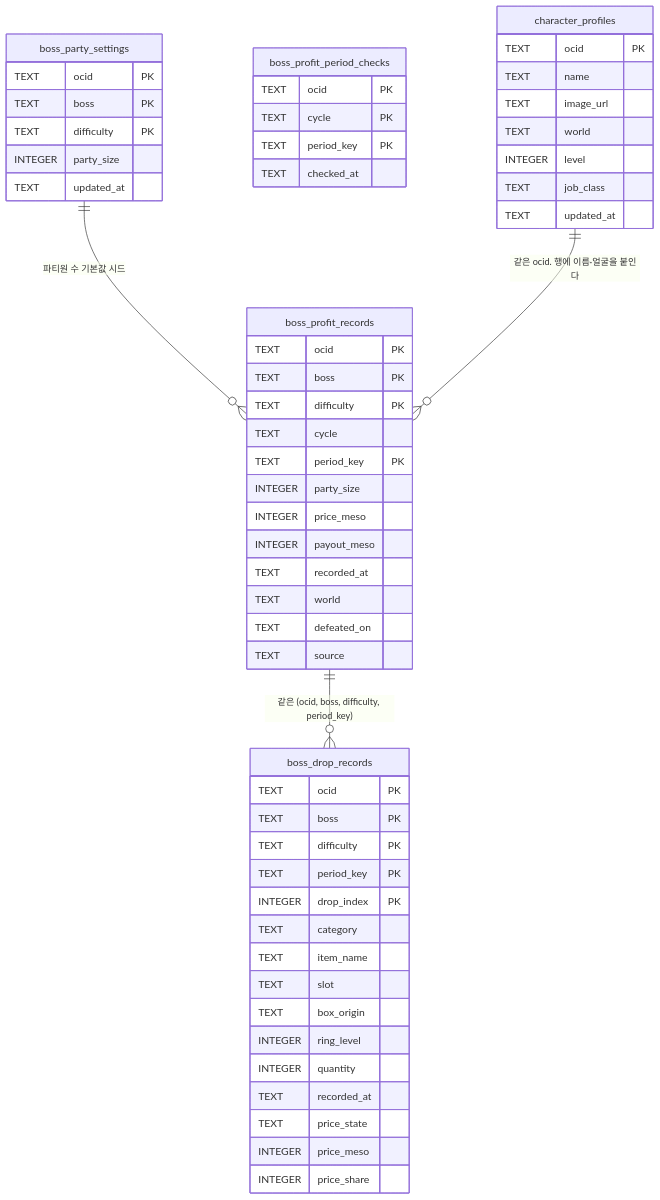
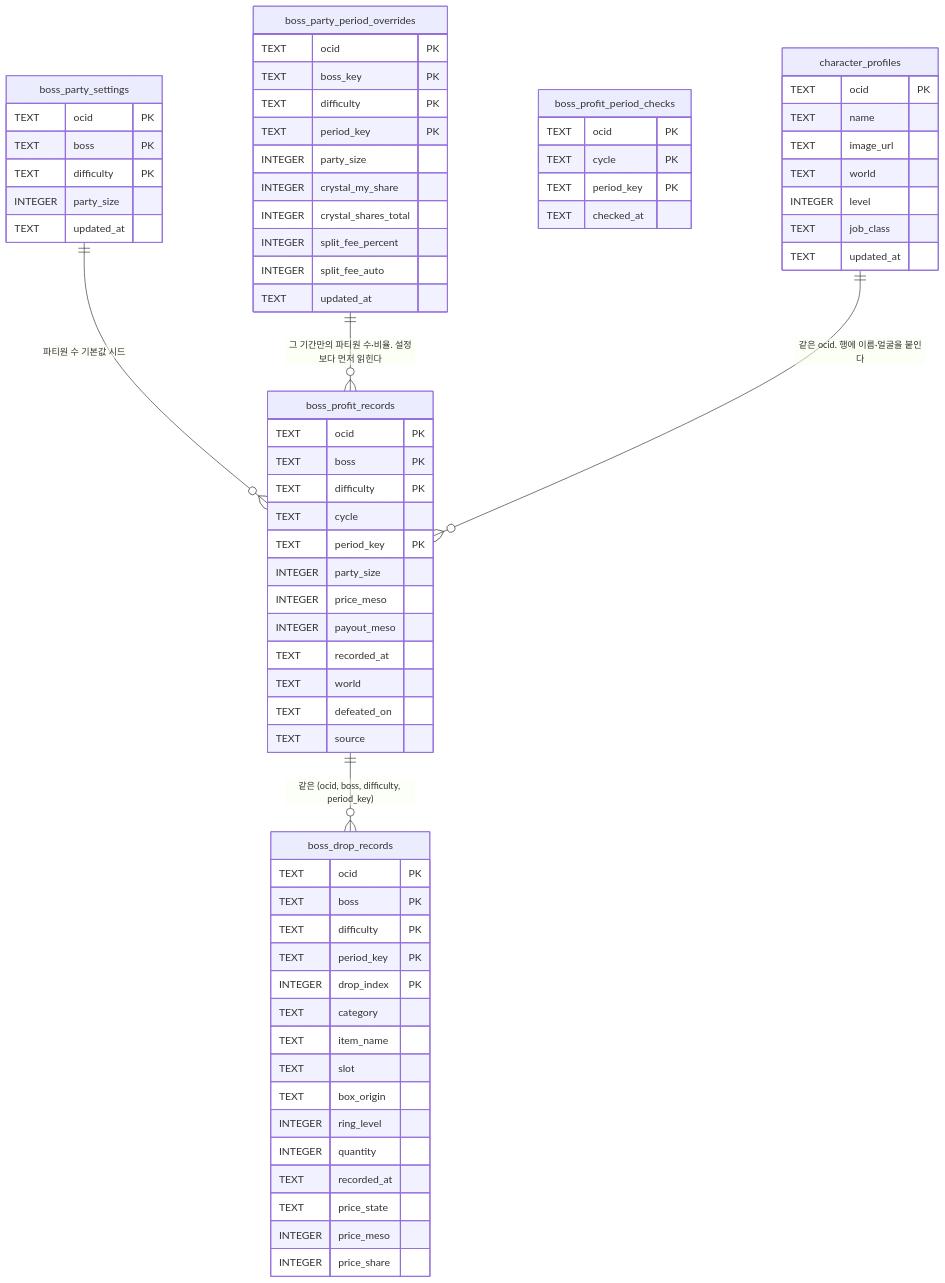
The first of 2 diagrams in docs/persistence/sqlite.md (jini520/maple-routine), drawn with Mermaid before and after one commit. The commit also changed other lines of this file and 26 other files, not shown here.

First line of the commit message:
feat(boss-profit): 미완료 보스 행이 파티 관리를 따라가고, 손대면 그 기간만 갈라진다

````diff
--- a/docs/persistence/sqlite.md
+++ b/docs/persistence/sqlite.md
@@ -12,59 +12,72 @@
 ```mermaid
 erDiagram
     boss_profit_records {
         TEXT ocid PK
         TEXT boss PK
         TEXT difficulty PK
         TEXT cycle
         TEXT period_key PK
         INTEGER party_size
         INTEGER price_meso
         INTEGER payout_meso
         TEXT recorded_at
         TEXT world
         TEXT defeated_on
         TEXT source
     }
     boss_party_settings {
         TEXT ocid PK
         TEXT boss PK
         TEXT difficulty PK
         INTEGER party_size
+        TEXT updated_at
+    }
+    boss_party_period_overrides {
+        TEXT ocid PK
+        TEXT boss_key PK
+        TEXT difficulty PK
+        TEXT period_key PK
+        INTEGER party_size
+        INTEGER crystal_my_share
+        INTEGER crystal_shares_total
+        INTEGER split_fee_percent
+        INTEGER split_fee_auto
         TEXT updated_at
     }
     boss_profit_period_checks {
         TEXT ocid PK
         TEXT cycle PK
         TEXT period_key PK
         TEXT checked_at
     }
     boss_drop_records {
         TEXT ocid PK
         TEXT boss PK
         TEXT difficulty PK
         TEXT period_key PK
         INTEGER drop_index PK
         TEXT category
         TEXT item_name
         TEXT slot
         TEXT box_origin
         INTEGER ring_level
         INTEGER quantity
         TEXT recorded_at
         TEXT price_state
         INTEGER price_meso
         INTEGER price_share
     }
     character_profiles {
         TEXT ocid PK
         TEXT name
         TEXT image_url
         TEXT world
         INTEGER level
         TEXT job_class
         TEXT updated_at
     }
     boss_party_settings ||--o{ boss_profit_records : "파티원 수 기본값 시드"
+    boss_party_period_overrides ||--o{ boss_profit_records : "그 기간만의 파티원 수·비율. 설정보다 먼저 읽힌다"
     boss_profit_records ||--o{ boss_drop_records : "같은 (ocid, boss, difficulty, period_key)"
     character_profiles ||--o{ boss_profit_records : "같은 ocid. 행에 이름·얼굴을 붙인다"
 ```
````
